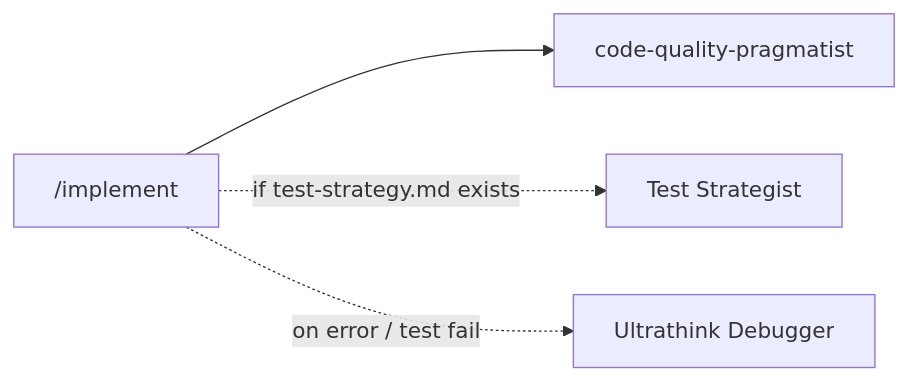
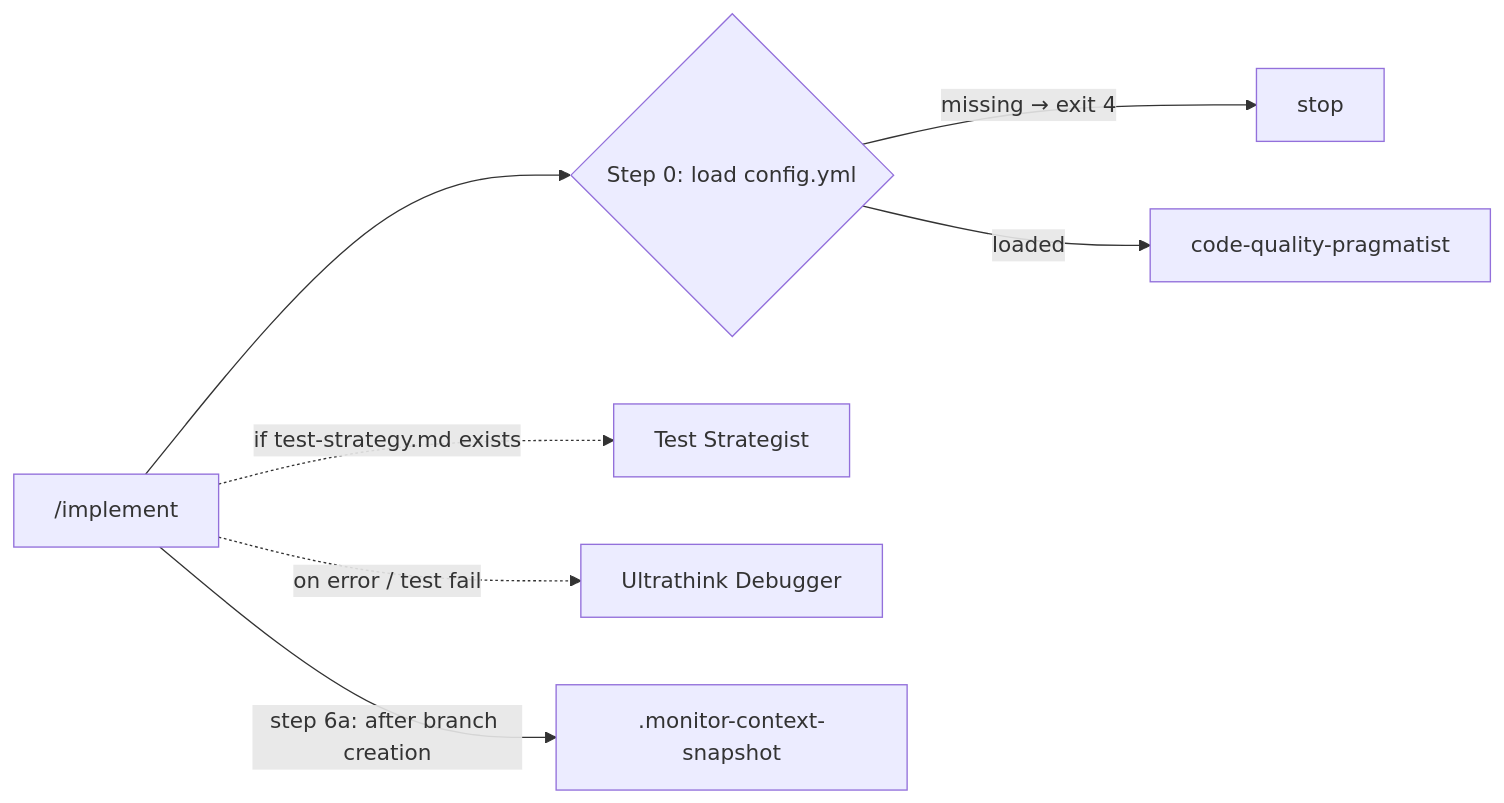
The seventh of 14 diagrams in docs/workflow-diagram.md (AlarQ/SDD-hub), drawn with Mermaid before and after one commit. The commit also changed other lines of this file and 79 other files, not shown here.

````diff
--- a/docs/workflow-diagram.md
+++ b/docs/workflow-diagram.md
@@ -238,6 +264,9 @@
 ```mermaid
 graph LR
-    IM["/implement"] --> CQP[code-quality-pragmatist]
+    IM["/implement"] --> CFG0{Step 0: load config.yml}
+    CFG0 -->|missing → exit 4| STOP_IM[stop]
+    CFG0 -->|loaded| CQP[code-quality-pragmatist]
     IM -.->|if test-strategy.md exists| TSG[Test Strategist]
     IM -.->|on error / test fail| UD[Ultrathink Debugger]
+    IM -->|step 6a: after branch creation| SNAP[.monitor-context-snapshot]
 ```
````
